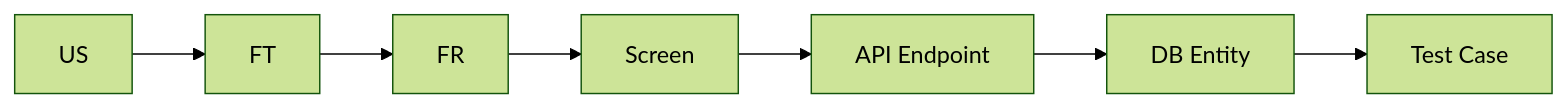
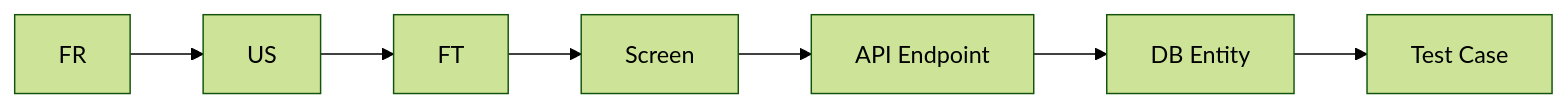
One commit to upleat-ax/u-maker-plugin changed the fourth of 5 diagrams in README.md. Above: the diagram before and after it, drawn with Mermaid (forest theme). The commit also changed other lines of this file and 18 other files, not shown here.

````diff
--- a/README.md
+++ b/README.md
@@ -262,4 +263,4 @@
 ```mermaid
 flowchart LR
-    US --> FT --> FR --> Screen --> API[API Endpoint] --> DB[DB Entity] --> TC[Test Case]
+    FR --> US --> FT --> Screen --> API[API Endpoint] --> DB[DB Entity] --> TC[Test Case]
 ```
````
